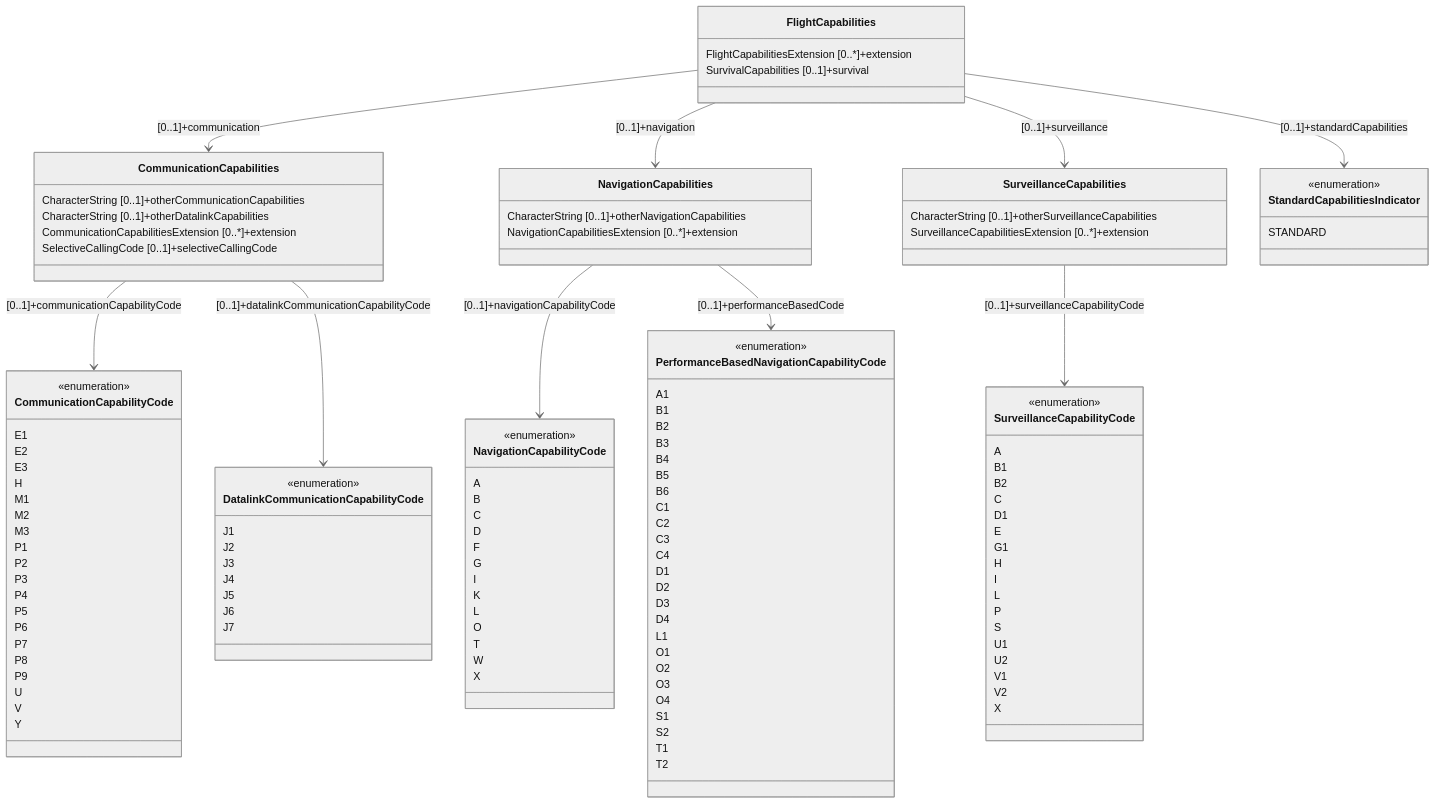
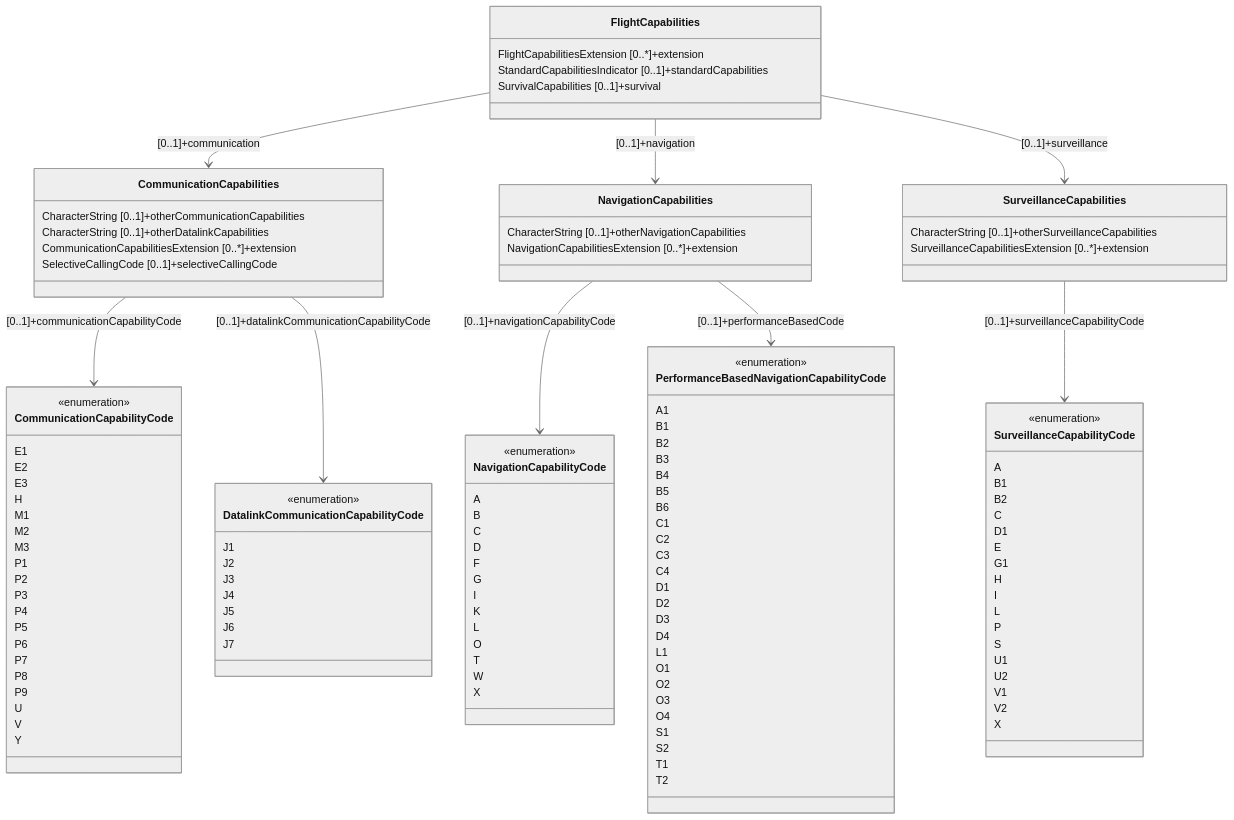
Before and after one commit to hlepori/test_docsify: the seventh of 28 diagrams in docs/fixm/FIXM_UML_in_mermaid.md, drawn with Mermaid (neutral theme). The commit also changed other lines of this file, not shown here.

````diff
--- a/docs/fixm/FIXM_UML_in_mermaid.md
+++ b/docs/fixm/FIXM_UML_in_mermaid.md
@@ -417,12 +363,8 @@
 FlightCapabilities : FlightCapabilitiesExtension [0..*]+extension
 FlightCapabilities --> CommunicationCapabilities : [0..1]+communication
 FlightCapabilities --> NavigationCapabilities : [0..1]+navigation
-FlightCapabilities --> StandardCapabilitiesIndicator : [0..1]+standardCapabilities
+FlightCapabilities : StandardCapabilitiesIndicator [0..1]+standardCapabilities
 FlightCapabilities --> SurveillanceCapabilities : [0..1]+surveillance
 FlightCapabilities : SurvivalCapabilities [0..1]+survival
 link FlightCapabilities "https://www.fixm.aero/releases/FIXM-4.2.0/doc/schema_documentation/Fixm_FlightCapabilitiesType.html" "Go to XML definition"
-class StandardCapabilitiesIndicator
-<<enumeration>> StandardCapabilitiesIndicator
-StandardCapabilitiesIndicator : STANDARD
-link StandardCapabilitiesIndicator "https://www.fixm.aero/releases/FIXM-4.2.0/doc/schema_documentation/Fixm_StandardCapabilitiesIndicatorType.html" "Go to XML definition"
 ```
````
